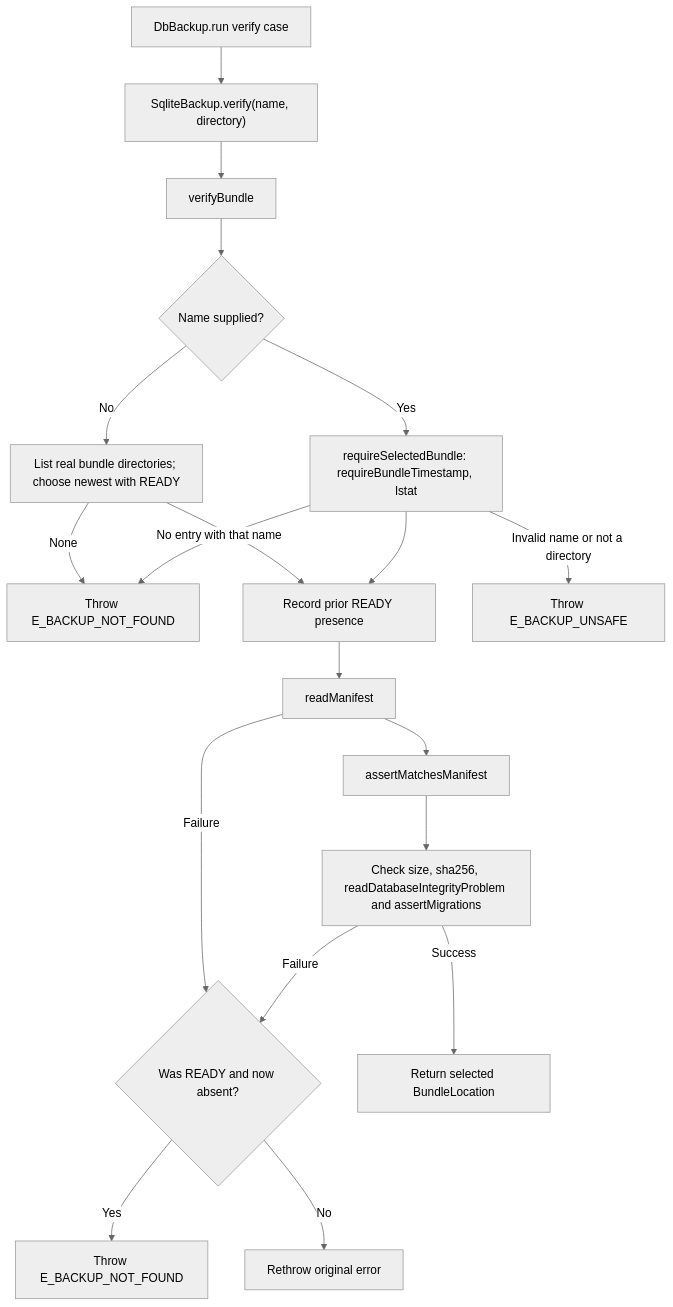
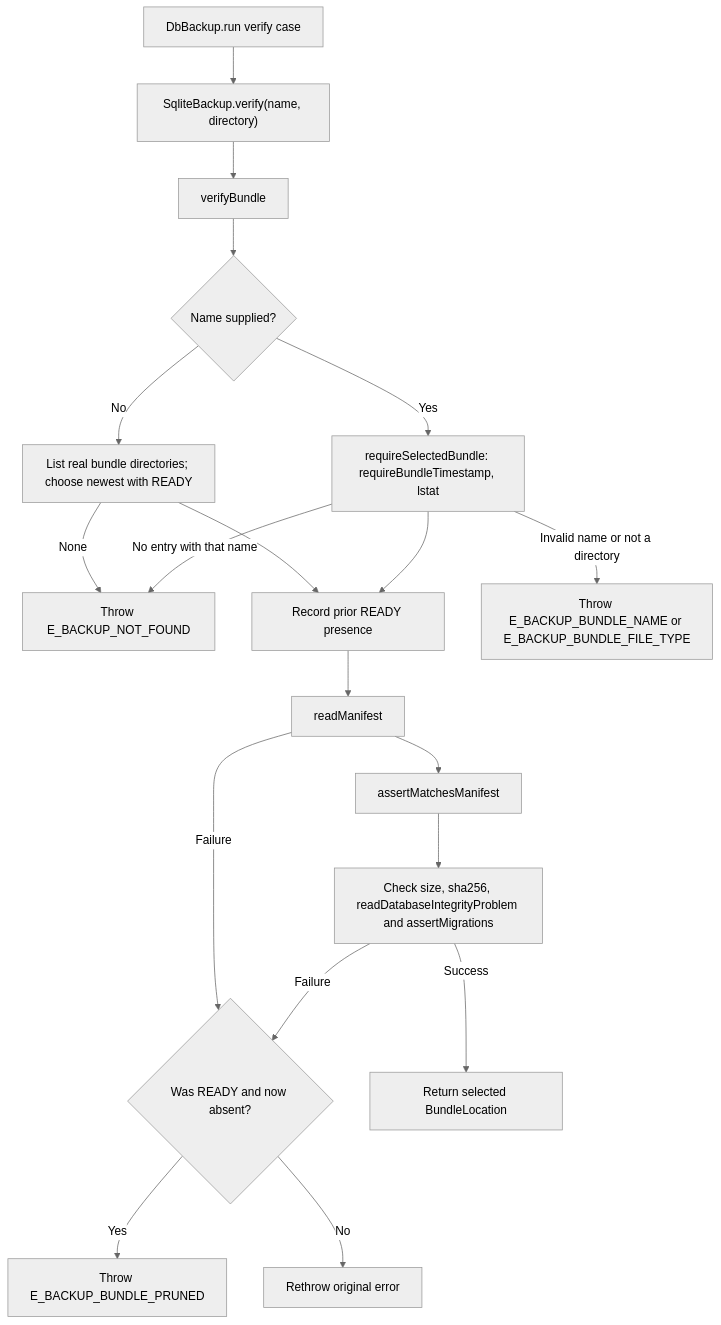
Before and after one commit to Kevinjohn/oss-adonisjs-sqlite-backup: the second of 2 diagrams in user-stories/verify-bundle/us-op-03-verify-bundle.md, drawn with Mermaid (neutral theme). The commit also changed other lines of this file and 35 other files, not shown here.

````diff
--- a/user-stories/verify-bundle/us-op-03-verify-bundle.md
+++ b/user-stories/verify-bundle/us-op-03-verify-bundle.md
@@ -45,21 +45,21 @@
 ```mermaid
 flowchart TD
     A["DbBackup.run verify case"] --> B["SqliteBackup.verify(name, directory)"]
     B --> C["verifyBundle"]
     C --> S{"Name supplied?"}
     S -->|Yes| D["requireSelectedBundle: requireBundleTimestamp, lstat"]
     S -->|No| B1["List real bundle directories; choose newest with READY"]
     B1 -->|None| N
     B1 --> E1["Record prior READY presence"]
-    D -->|Invalid name or not a directory| X["Throw E_BACKUP_UNSAFE"]
+    D -->|Invalid name or not a directory| X["Throw E_BACKUP_BUNDLE_NAME or E_BACKUP_BUNDLE_FILE_TYPE"]
     D -->|No entry with that name| N["Throw E_BACKUP_NOT_FOUND"]
     D --> E1
     E1 --> E["readManifest"]
     E --> F["assertMatchesManifest"]
     F --> G["Check size, sha256, readDatabaseIntegrityProblem and assertMigrations"]
     E -->|Failure| H{"Was READY and now absent?"}
     G -->|Failure| H
-    H -->|Yes| I["Throw E_BACKUP_NOT_FOUND"]
+    H -->|Yes| I["Throw E_BACKUP_BUNDLE_PRUNED"]
     H -->|No| K["Rethrow original error"]
     G -->|Success| J["Return selected BundleLocation"]
 ```
````
